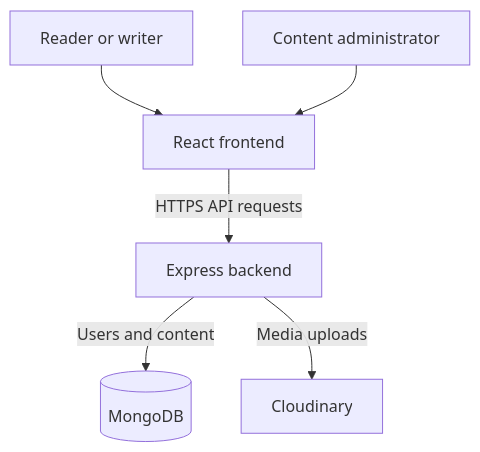
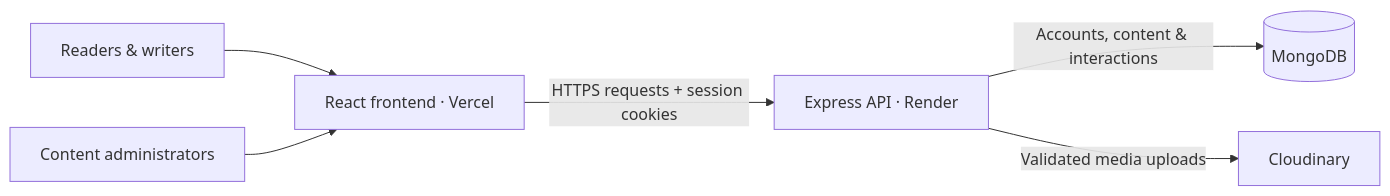
One commit to Eman-Nazir/Storyious-Figma changed the diagram in README.md. Above: the diagram before and after it, drawn with Mermaid. The commit also changed other lines of this file, not shown here.

````diff
--- a/README.md
+++ b/README.md
@@ -101,8 +106,8 @@
-```mermaid
-flowchart TD
-    Reader["Reader or writer"] --> UI["React frontend"]
-    Admin["Content administrator"] --> UI
-    UI -->|"HTTPS API requests"| API["Express backend"]
-    API -->|"Users and content"| DB[("MongoDB")]
-    API -->|"Media uploads"| Media["Cloudinary"]
-```
+~~~mermaid
+flowchart LR
+    Reader["Readers & writers"] --> Web["React frontend · Vercel"]
+    Admin["Content administrators"] --> Web
+    Web -->|"HTTPS requests + session cookies"| API["Express API · Render"]
+    API -->|"Accounts, content & interactions"| DB[("MongoDB")]
+    API -->|"Validated media uploads"| Media["Cloudinary"]
+~~~
````
